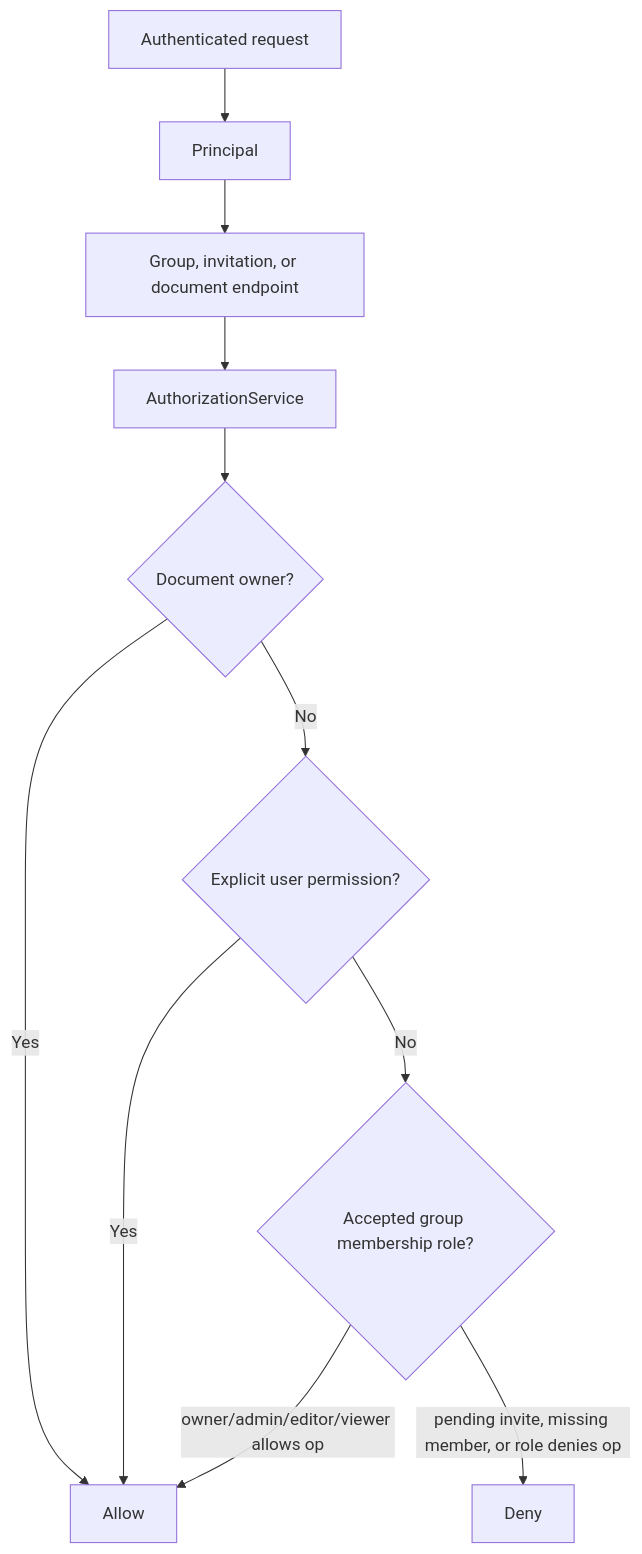
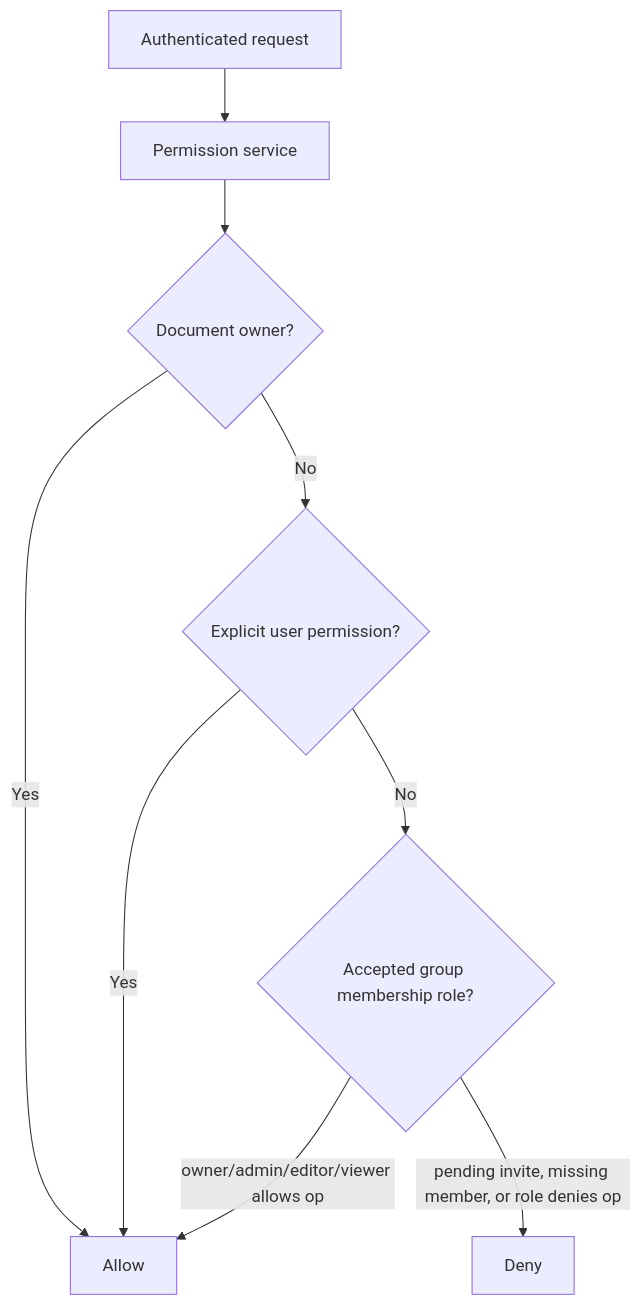
One commit to heecheon92/my-agents changed the second of 2 diagrams in docs/product-chat-service/en/03-group-document-permissions.md. Above: the diagram before and after it, drawn with Mermaid. The commit also changed other lines of this file and 5 other files, not shown here.

````diff
--- a/docs/product-chat-service/en/03-group-document-permissions.md
+++ b/docs/product-chat-service/en/03-group-document-permissions.md
@@ -74,13 +54,11 @@
 ```mermaid
 flowchart TD
-    Request[Authenticated request] --> Principal[Principal]
-    Principal --> Endpoint[Group, invitation, or document endpoint]
-    Endpoint --> Authz[AuthorizationService]
+    Request[Authenticated request] --> Authz[Permission service]
     Authz --> Owner{Document owner?}
     Owner -->|Yes| Allow[Allow]
     Owner -->|No| Explicit{Explicit user permission?}
     Explicit -->|Yes| Allow
     Explicit -->|No| Group{Accepted group membership role?}
     Group -->|owner/admin/editor/viewer allows op| Allow
     Group -->|pending invite, missing member, or role denies op| Deny[Deny]
 ```
````
